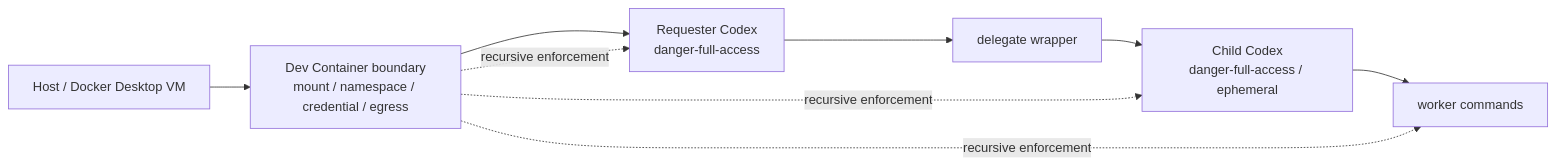
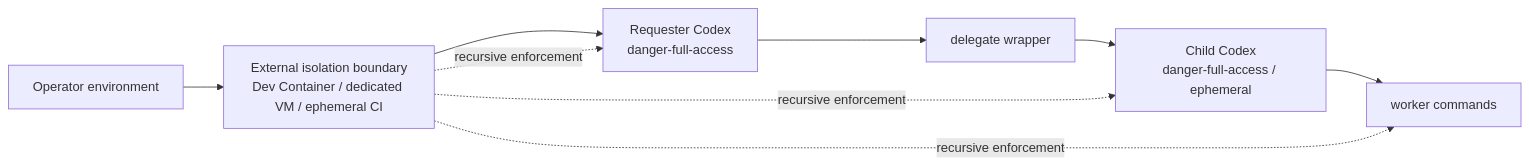
One commit to oubakiou/delegate-skills changed the diagram in docs/feature/codex-devcontainer-delegation.md. Above: the diagram before and after it, drawn with Mermaid. The commit also changed other lines of this file and 6 other files, not shown here.

````diff
--- a/docs/feature/codex-devcontainer-delegation.md
+++ b/docs/feature/codex-devcontainer-delegation.md
@@ -83,12 +82,12 @@
 ```mermaid
 flowchart LR
-  H["Host / Docker Desktop VM"] --> B["Dev Container boundary<br/>mount / namespace / credential / egress"]
+  H["Operator environment"] --> B["External isolation boundary<br/>Dev Container / dedicated VM / ephemeral CI"]
   B --> R["Requester Codex<br/>danger-full-access"]
   R --> D[delegate wrapper]
   D --> C["Child Codex<br/>danger-full-access / ephemeral"]
   C --> W[worker commands]
 
   B -. recursive enforcement .-> R
   B -. recursive enforcement .-> C
   B -. recursive enforcement .-> W
 ```
````
